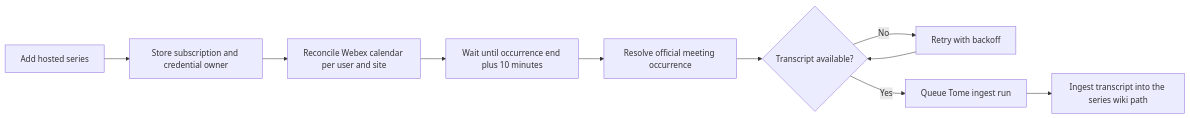
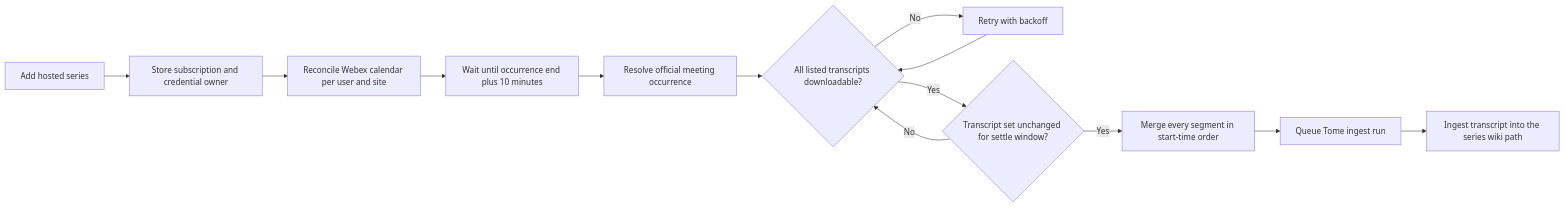
Before and after one commit to cnoe-io/ai-platform-engineering: the diagram in ui/src/lib/tome/auto-ingest/README.md, drawn with Mermaid. The commit also changed other lines of this file and 5 other files, not shown here.

````diff
--- a/ui/src/lib/tome/auto-ingest/README.md
+++ b/ui/src/lib/tome/auto-ingest/README.md
@@ -23,12 +23,15 @@
 ```mermaid
 flowchart LR
   A[Add hosted series] --> B[Store subscription and credential owner]
   B --> C[Reconcile Webex calendar per user and site]
   C --> D[Wait until occurrence end plus 10 minutes]
   D --> E[Resolve official meeting occurrence]
-  E --> F{Transcript available?}
+  E --> F{All listed transcripts downloadable?}
   F -- No --> G[Retry with backoff]
   G --> F
-  F -- Yes --> H[Queue Tome ingest run]
-  H --> I[Ingest transcript into the series wiki path]
+  F -- Yes --> H{Transcript set unchanged for settle window?}
+  H -- No --> F
+  H -- Yes --> I[Merge every segment in start-time order]
+  I --> J[Queue Tome ingest run]
+  J --> K[Ingest transcript into the series wiki path]
 ```
````
